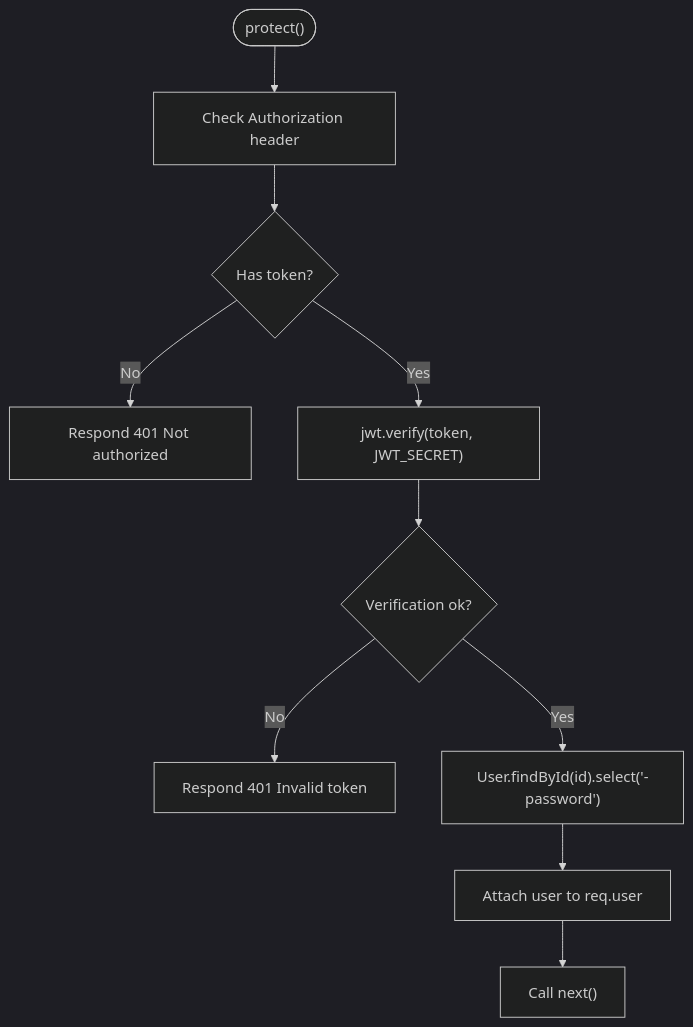
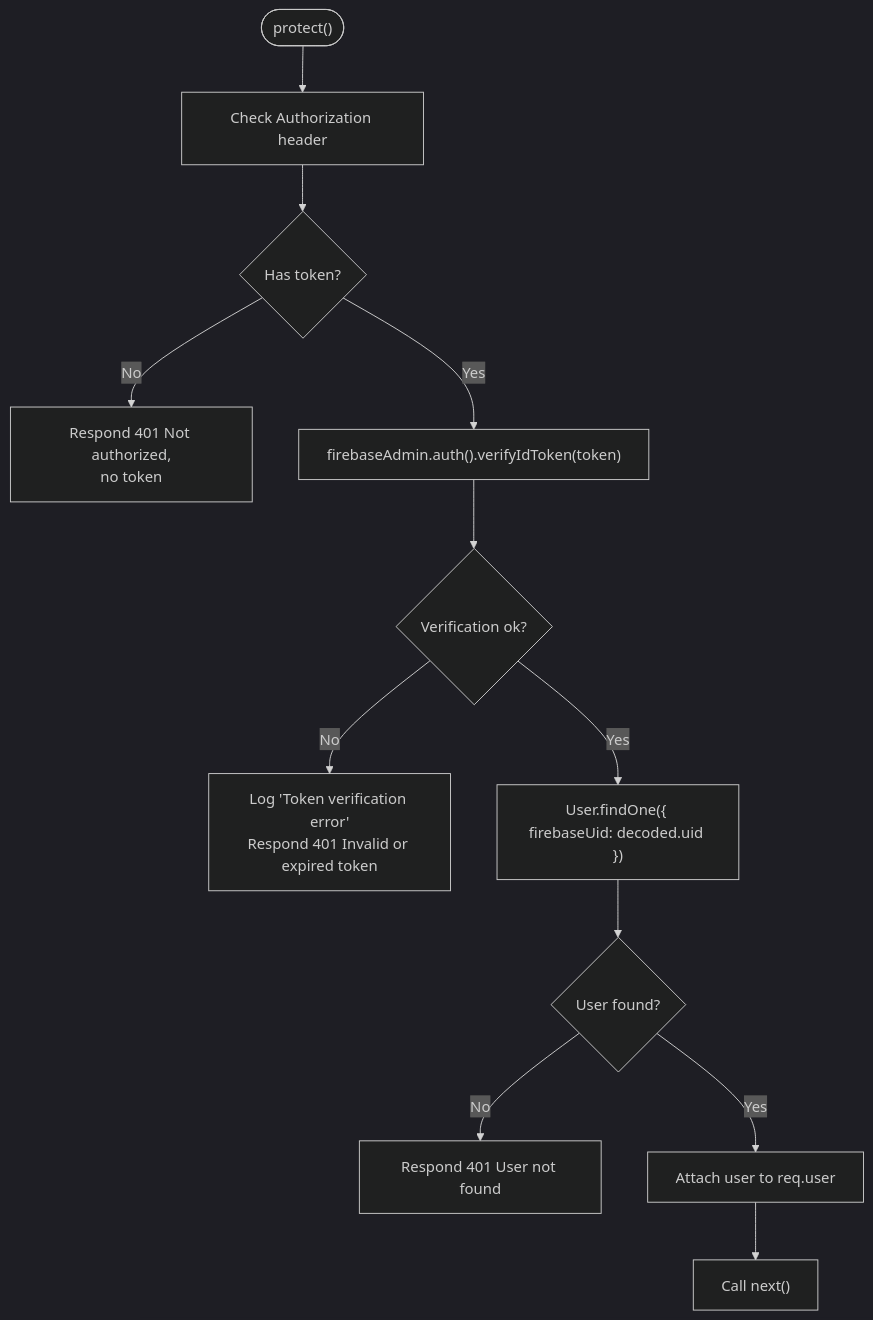
The third of 6 diagrams in .qoder/repowiki/en/content/Authentication & Authorization/Authentication Middleware.md (Pavan-PSPK9032/TrendsandToss), drawn with Mermaid (dark theme) before and after one commit. The commit also changed other lines of this file and 9 other files, not shown here.

````diff
--- a/.qoder/repowiki/en/content/Authentication & Authorization/Authentication Middleware.md
+++ b/.qoder/repowiki/en/content/Authentication & Authorization/Authentication Middleware.md
@@ -147,12 +171,14 @@
 ```mermaid
 flowchart TD
 Start(["protect()"]) --> CheckHeader["Check Authorization header"]
 CheckHeader --> HasToken{"Has token?"}
-HasToken --> |No| Unauthorized["Respond 401 Not authorized"]
-HasToken --> |Yes| Verify["jwt.verify(token, JWT_SECRET)"]
+HasToken --> |No| Unauthorized["Respond 401 Not authorized,<br/>no token"]
+HasToken --> |Yes| Verify["firebaseAdmin.auth().verifyIdToken(token)"]
 Verify --> VerifyOK{"Verification ok?"}
-VerifyOK --> |No| InvalidToken["Respond 401 Invalid token"]
-VerifyOK --> |Yes| LoadUser["User.findById(id).select('-password')"]
-LoadUser --> Attach["Attach user to req.user"]
+VerifyOK --> |No| FirebaseError["Log 'Token verification error'<br/>Respond 401 Invalid or expired token"]
+VerifyOK --> |Yes| LoadUser["User.findOne({ firebaseUid: decoded.uid })"]
+LoadUser --> UserFound{"User found?"}
+UserFound --> |No| UserNotFound["Respond 401 User not found"]
+UserFound --> |Yes| Attach["Attach user to req.user"]
 Attach --> Next["Call next()"]
 ```
````
